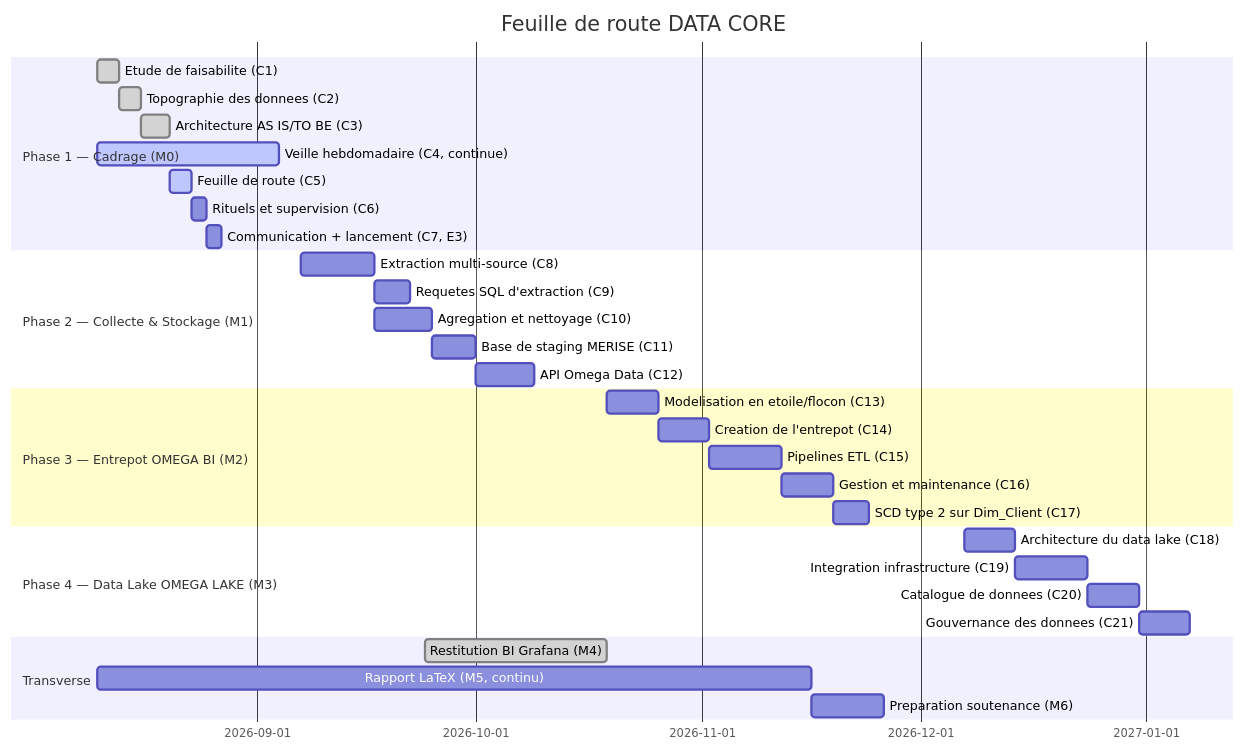
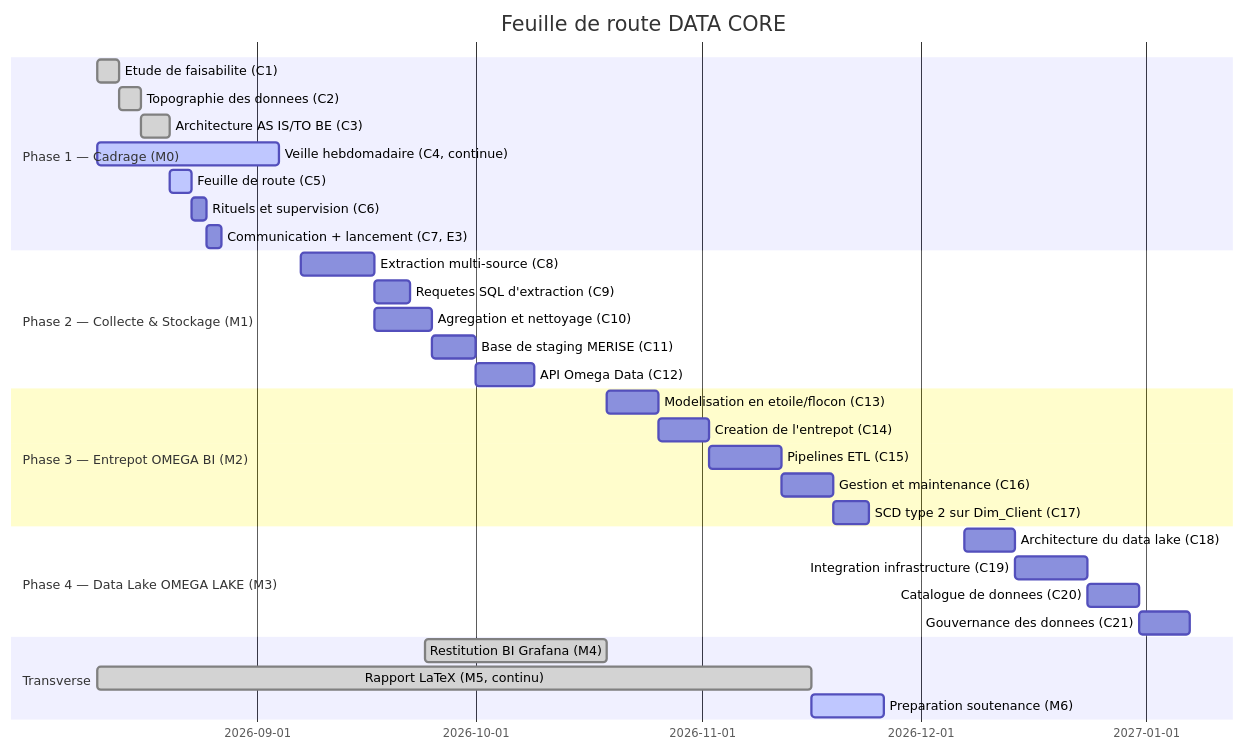
The first of 2 diagrams in docs/architecture/feuille_de_route.md (alaugier/datacore), drawn with Mermaid before and after one commit. The commit also changed 3 other files, not shown here.

First line of the commit message:
docs: marquer M5 clos et M6 en cours dans le diagramme de Gantt

````diff
--- a/docs/architecture/feuille_de_route.md
+++ b/docs/architecture/feuille_de_route.md
@@ -109,34 +109,34 @@
 ```mermaid
 gantt
     title Feuille de route DATA CORE
     dateFormat  YYYY-MM-DD
     section Phase 1 — Cadrage (M0)
     Etude de faisabilite (C1)          :done,   p1a, 2026-08-10, 3d
     Topographie des donnees (C2)       :done,   p1b, after p1a, 3d
     Architecture AS IS/TO BE (C3)      :done,   p1c, after p1b, 4d
     Veille hebdomadaire (C4, continue) :active, p1d, 2026-08-10, 25d
     Feuille de route (C5)              :active, p1e, after p1c, 3d
     Rituels et supervision (C6)        :        p1f, after p1e, 2d
     Communication + lancement (C7, E3) :        p1g, after p1f, 2d
     section Phase 2 — Collecte & Stockage (M1)
     Extraction multi-source (C8)       :        p2a, 2026-09-07, 10d
     Requetes SQL d'extraction (C9)     :        p2b, after p2a, 5d
     Agregation et nettoyage (C10)      :        p2c, after p2a, 8d
     Base de staging MERISE (C11)       :        p2d, after p2c, 6d
     API Omega Data (C12)               :        p2e, after p2d, 8d
     section Phase 3 — Entrepot OMEGA BI (M2)
     Modelisation en etoile/flocon (C13):        p3a, 2026-10-19, 7d
     Creation de l'entrepot (C14)       :        p3b, after p3a, 7d
     Pipelines ETL (C15)                :        p3c, after p3b, 10d
     Gestion et maintenance (C16)       :        p3d, after p3c, 7d
     SCD type 2 sur Dim_Client (C17)    :        p3e, after p3d, 5d
     section Phase 4 — Data Lake OMEGA LAKE (M3)
     Architecture du data lake (C18)    :        p4a, 2026-12-07, 7d
     Integration infrastructure (C19)   :        p4b, after p4a, 10d
     Catalogue de donnees (C20)         :        p4c, after p4b, 7d
     Gouvernance des donnees (C21)      :        p4d, after p4c, 7d
     section Transverse
     Restitution BI Grafana (M4)        :done, m4bi, 2026-09-24, 2026-10-19
-    Rapport LaTeX (M5, continu)        :        m5, 2026-08-10, 98d
-    Preparation soutenance (M6)        :        m6, 2026-11-16, 10d
+    Rapport LaTeX (M5, continu)        :done, m5, 2026-08-10, 98d
+    Preparation soutenance (M6)        :active, m6, 2026-11-16, 10d
 ```
````
